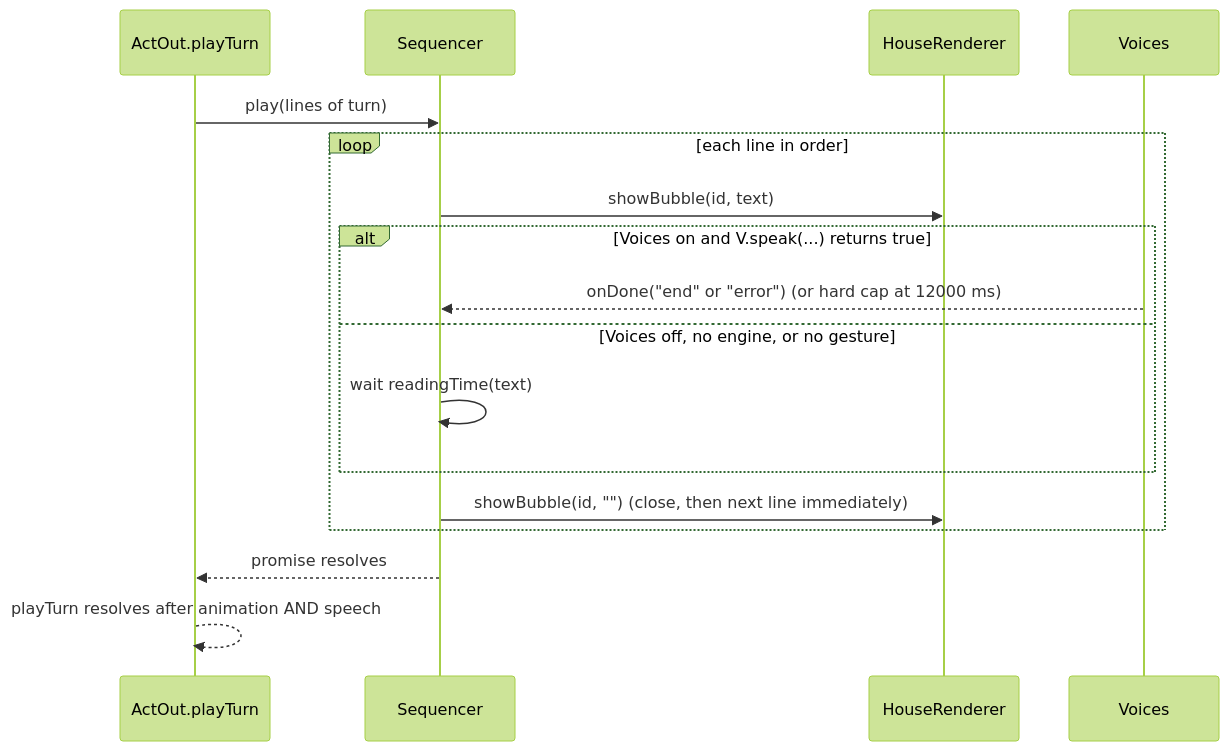
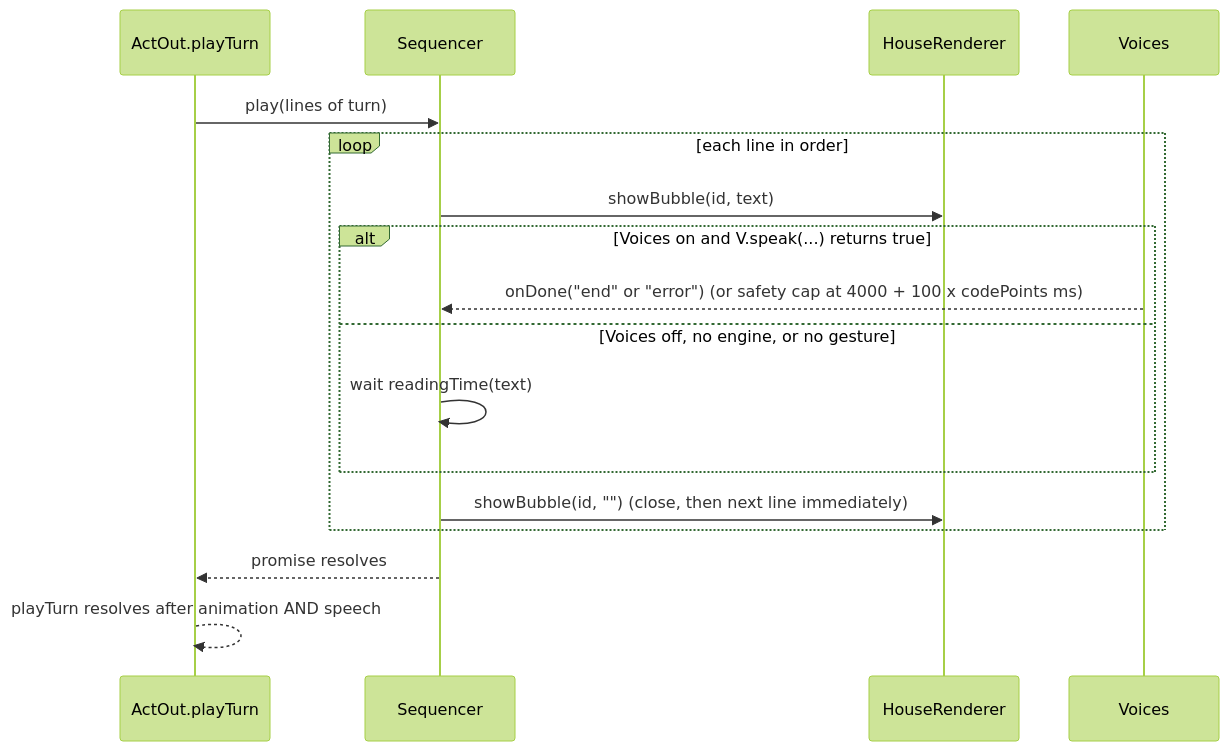
Before and after one commit to zz08matsujp-max/poltergeist-switch: the fourth of 4 diagrams in .kiro/specs/public-lab/design.md, drawn with Mermaid (forest theme). The commit also changed other lines of this file and 6 other files, not shown here.

````diff
--- a/.kiro/specs/public-lab/design.md
+++ b/.kiro/specs/public-lab/design.md
@@ -220,19 +220,19 @@
 ```mermaid
 sequenceDiagram
   participant A as ActOut.playTurn
   participant Q as Sequencer
   participant H as HouseRenderer
   participant V as Voices
   A->>Q: play(lines of turn)
   loop each line in order
     Q->>H: showBubble(id, text)
     alt Voices on and V.speak(...) returns true
-      V-->>Q: onDone("end" or "error")   (or hard cap at 12000 ms)
+      V-->>Q: onDone("end" or "error")   (or safety cap at 4000 + 100 x codePoints ms)
     else Voices off, no engine, or no gesture
       Q->>Q: wait readingTime(text)
     end
     Q->>H: showBubble(id, "")  (close, then next line immediately)
   end
   Q-->>A: promise resolves
   A-->>A: playTurn resolves after animation AND speech
 ```
````
